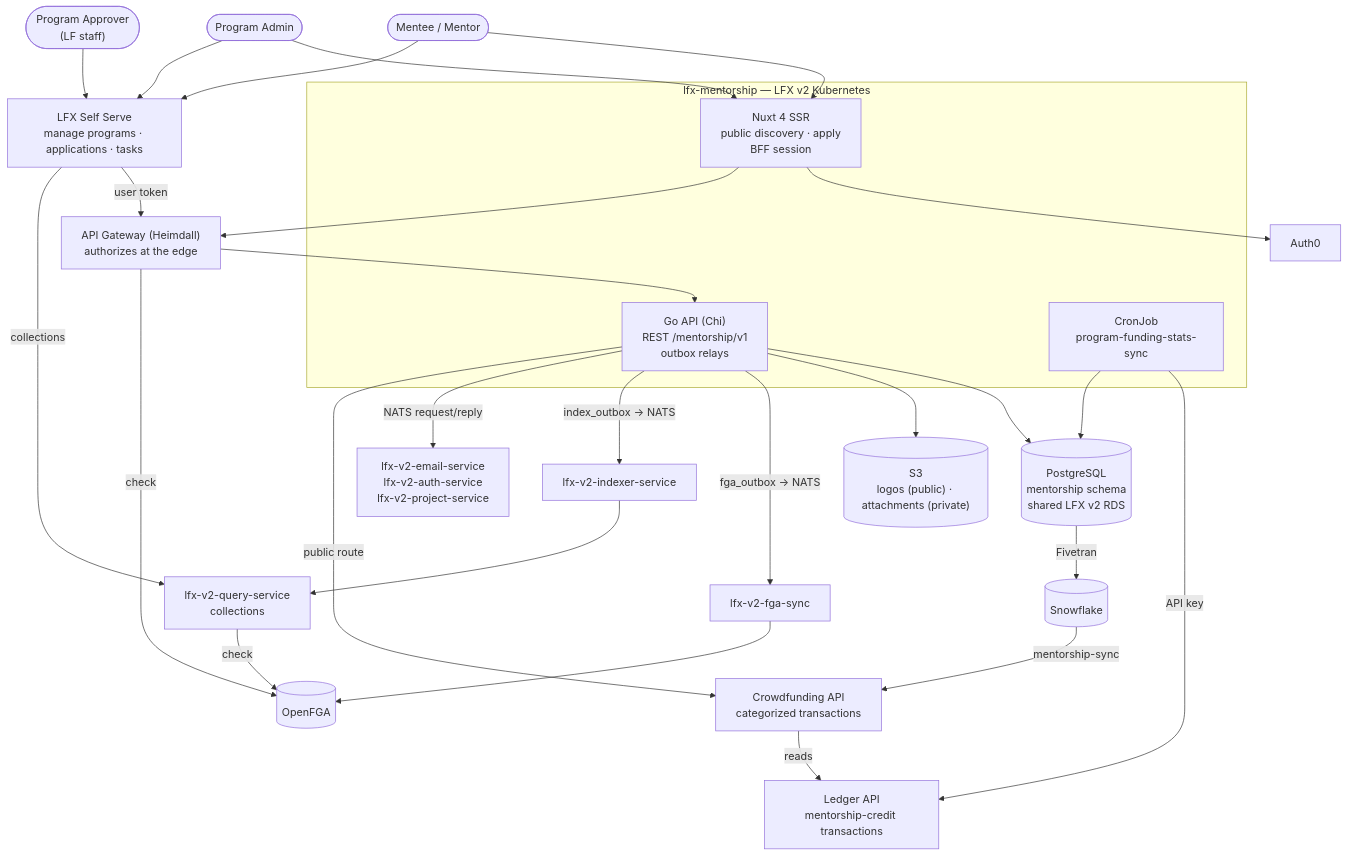
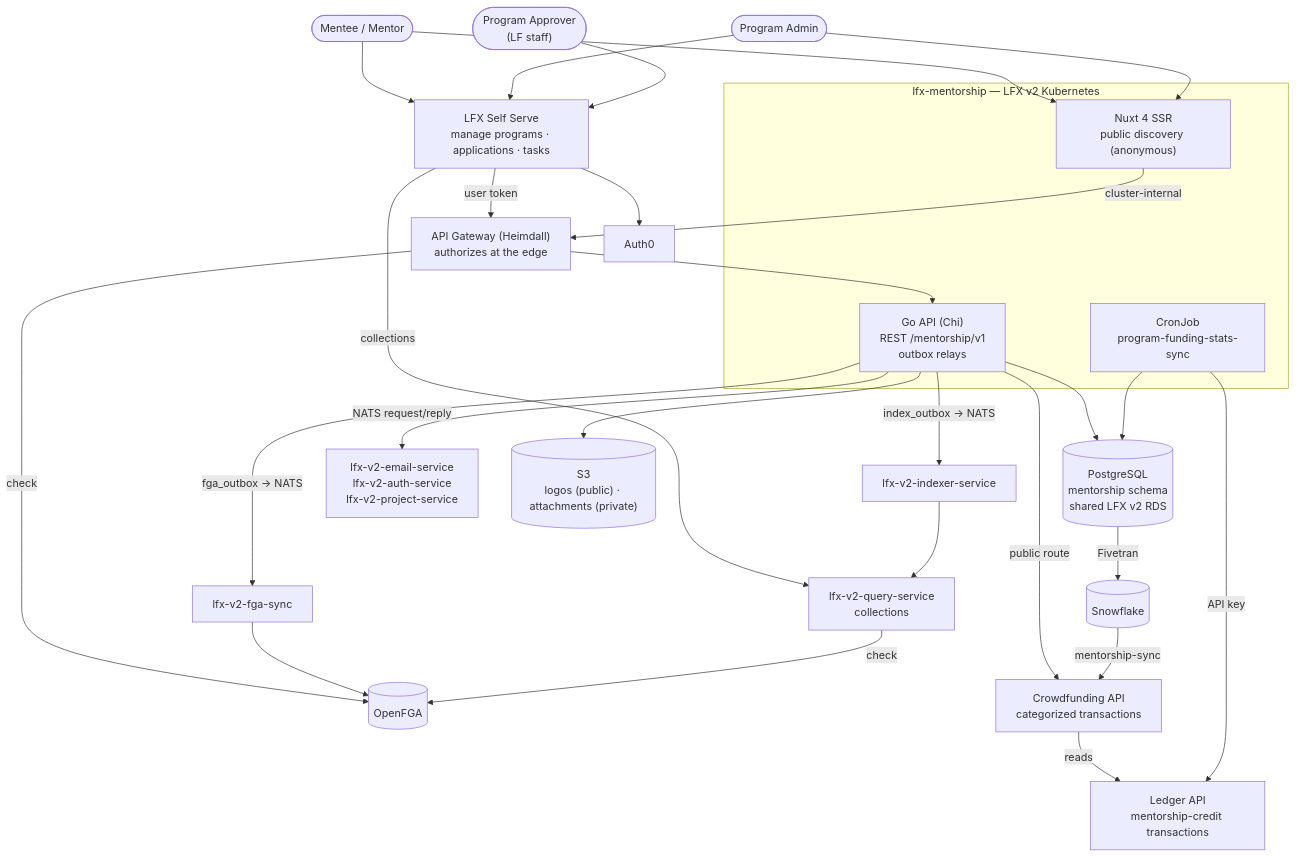
The diagram in ARCHITECTURE.md (linuxfoundation/lfx-mentorship), drawn with Mermaid before and after one commit. The commit also changed other lines of this file and 1 other file, not shown here.

First line of the commit message:
docs: correct ARCHITECTURE.md against the frontend, Self Serve and Ledger

````diff
--- a/ARCHITECTURE.md
+++ b/ARCHITECTURE.md
@@ -42,51 +42,51 @@
 ```mermaid
 flowchart TB
     USERS(["Mentee / Mentor"])
     ADMIN(["Program Admin"])
     APPROVER(["Program Approver<br/>(LF staff)"])
 
     HEIMDALL["API Gateway (Heimdall)<br/>authorizes at the edge"]
     FGA[("OpenFGA")]
 
     subgraph K8S["lfx-mentorship — LFX v2 Kubernetes"]
-        NUXT["Nuxt 4 SSR<br/>public discovery · apply<br/>BFF session"]
+        NUXT["Nuxt 4 SSR<br/>public discovery (anonymous)"]
         API["Go API (Chi)<br/>REST /mentorship/v1<br/>outbox relays"]
         CRON["CronJob<br/>program-funding-stats-sync"]
     end
 
     PG[("PostgreSQL<br/>mentorship schema<br/>shared LFX v2 RDS")]
 
     SS["LFX Self Serve<br/>manage programs · applications · tasks"]
     QS["lfx-v2-query-service<br/>collections"]
     AUTH0["Auth0"]
     FGASYNC["lfx-v2-fga-sync"]
     INDEXER["lfx-v2-indexer-service"]
     NATSRR["lfx-v2-email-service<br/>lfx-v2-auth-service<br/>lfx-v2-project-service"]
     LEDGER["Ledger API<br/>mentorship-credit transactions"]
     CF["Crowdfunding API<br/>categorized transactions"]
     S3[("S3<br/>logos (public) · attachments (private)")]
     SF[("Snowflake")]
 
     USERS & ADMIN --> NUXT
     USERS & ADMIN & APPROVER --> SS
-    NUXT --> AUTH0
-    NUXT --> HEIMDALL
+    SS --> AUTH0
+    NUXT -- "cluster-internal" --> HEIMDALL
     SS -- "user token" --> HEIMDALL
     SS -- "collections" --> QS
     HEIMDALL -- "check" --> FGA
     HEIMDALL --> API
     API --> PG
     API --> S3
     API -- "fga_outbox → NATS" --> FGASYNC
     FGASYNC --> FGA
     API -- "index_outbox → NATS" --> INDEXER
     INDEXER --> QS
     QS -- "check" --> FGA
     API -- "NATS request/reply" --> NATSRR
     API -- "public route" --> CF
     CF -- "reads" --> LEDGER
     CRON -- "API key" --> LEDGER
     CRON --> PG
     PG -- "Fivetran" --> SF
     SF -- "mentorship-sync" --> CF
 ```
````
